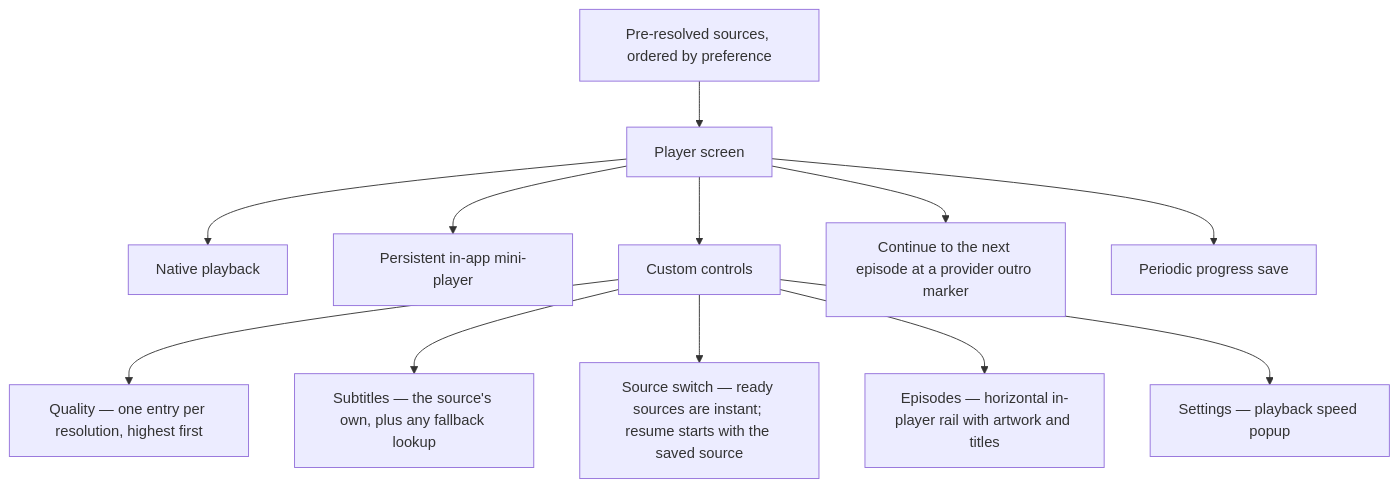
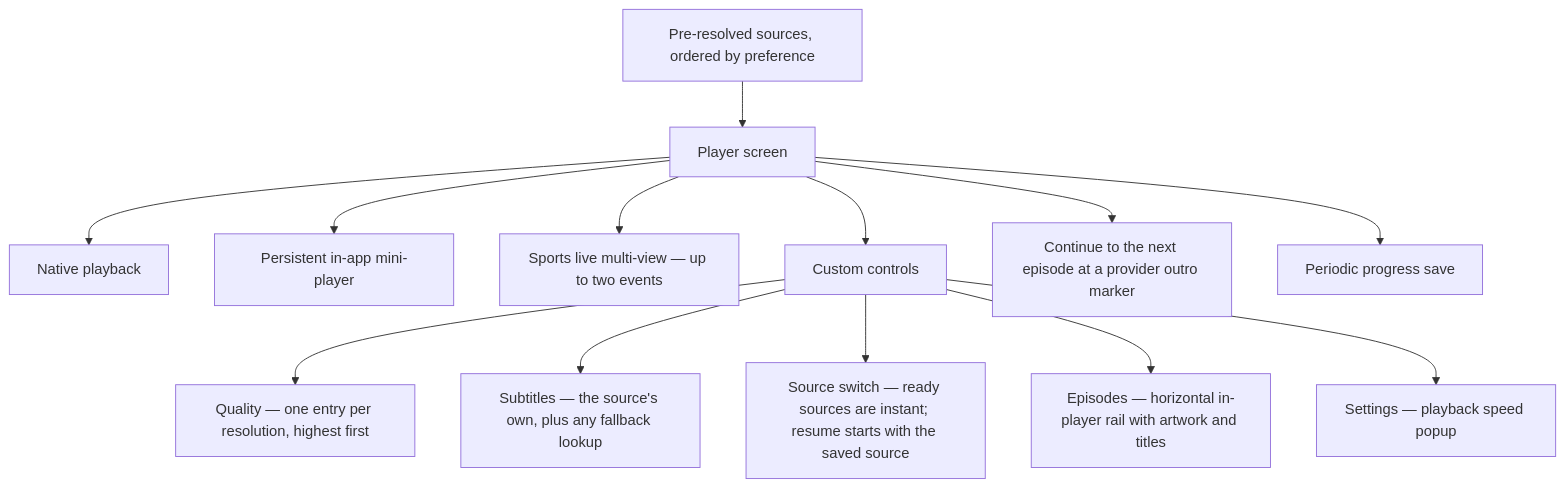
The sixth of 6 diagrams in docs/06-app-layer.md (nimbusfvck/fvcksubs), drawn with Mermaid before and after one commit. The commit also changed other lines of this file and 17 other files, not shown here.

First line of the commit message:
feat: add multi-view functionality for live events

````diff
--- a/docs/06-app-layer.md
+++ b/docs/06-app-layer.md
@@ -303,14 +303,15 @@
 ```mermaid
 flowchart TB
     PRE["Pre-resolved sources, ordered by preference"] --> PP["Player screen"]
     PP --> NAT["Native playback"]
     PP --> MINI["Persistent in-app mini-player"]
+    PP --> MV["Sports live multi-view — up to two events"]
     PP --> CTL["Custom controls"]
     CTL --> Q["Quality — one entry per resolution, highest first"]
     CTL --> SUB["Subtitles — the source's own, plus any fallback lookup"]
     CTL --> SRC["Source switch — ready sources are instant; resume starts with the saved source"]
     CTL --> EP["Episodes — horizontal in-player rail with artwork and titles"]
     CTL --> SET["Settings — playback speed popup"]
     PP --> NEXT["Continue to the next episode at a provider outro marker"]
     PP --> SAVE["Periodic progress save"]
 ```
````
